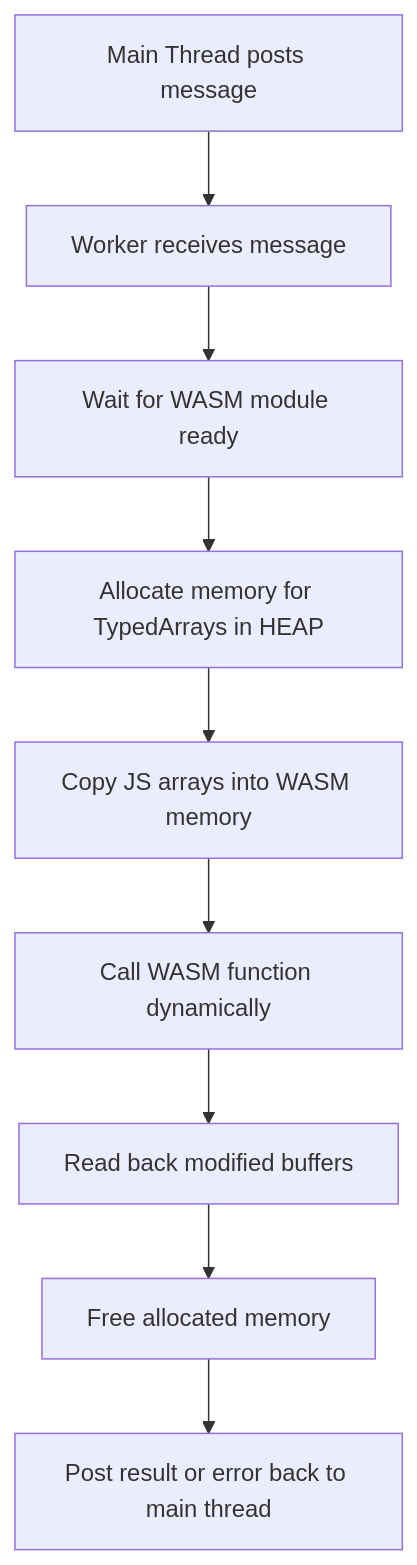
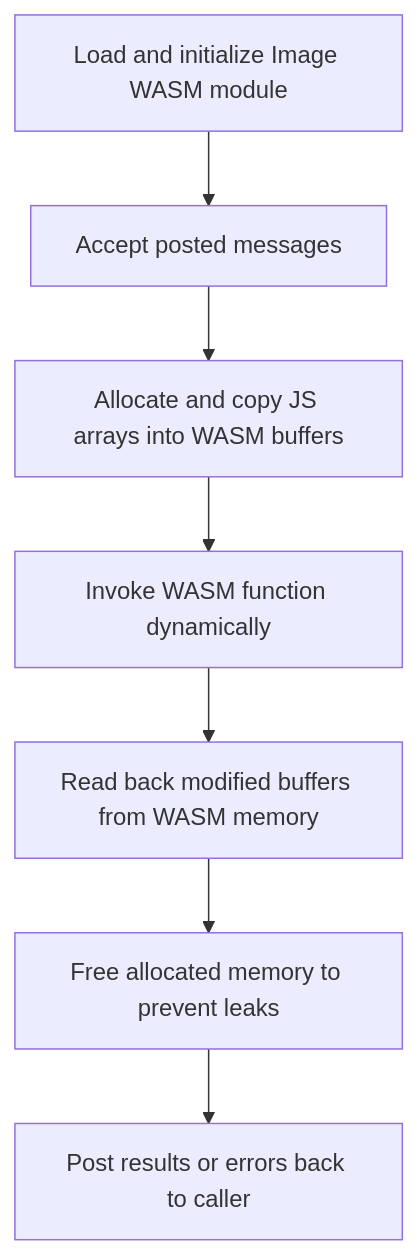
One commit to Ryan-Millard/Img2Num changed the diagram in docs/docs/reference/react/workers/wasmWorker.md. Above: the diagram before and after it, drawn with Mermaid. The commit also changed other lines of this file and 97 other files, not shown here.

````diff
--- a/docs/docs/reference/react/workers/wasmWorker.md
+++ b/docs/docs/reference/react/workers/wasmWorker.md
@@ -188,11 +35,12 @@
 ```mermaid
 flowchart TD
-    A["Main Thread posts message"] --> B["Worker receives message"]
-    B --> C["Wait for WASM module ready"]
-    C --> D["Allocate memory for TypedArrays in HEAP"]
-    D --> E["Copy JS arrays into WASM memory"]
-    E --> F["Call WASM function dynamically"]
-    F --> G["Read back modified buffers"]
-    G --> H["Free allocated memory"]
-    H --> I["Post result or error back to main thread"]
+    A[Load and initialize Image WASM module]
+    B[Accept posted messages]
+    C[Allocate and copy JS arrays into WASM buffers]
+    D[Invoke WASM function dynamically]
+    E[Read back modified buffers from WASM memory]
+    F[Free allocated memory to prevent leaks]
+    G[Post results or errors back to caller]
+
+    A --> B --> C --> D --> E --> F --> G
 ```
````
